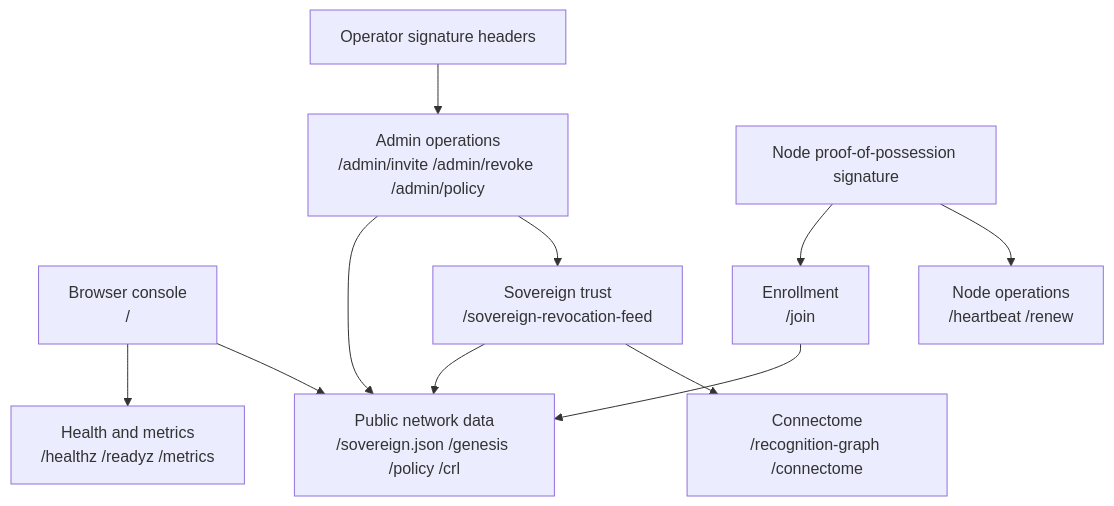
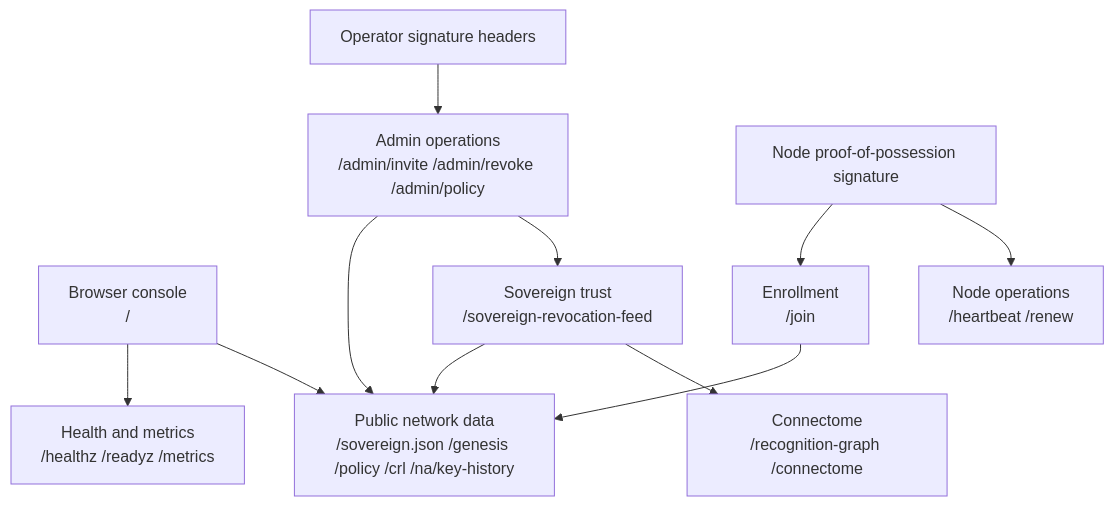
The diagram in docs/reference/network-authority-api.md (GenesisMeshLabs/genesismesh), drawn with Mermaid before and after one commit. The commit also changed other lines of this file and 31 other files, not shown here.

````diff
--- a/docs/reference/network-authority-api.md
+++ b/docs/reference/network-authority-api.md
@@ -12,24 +20,24 @@
 ```{mermaid}
 flowchart TB
     home["Browser console<br/>/"]
     health["Health and metrics<br/>/healthz /readyz /metrics"]
-    public["Public network data<br/>/sovereign.json /genesis /policy /crl"]
+    public["Public network data<br/>/sovereign.json /genesis /policy /crl /na/key-history"]
     enrollment["Enrollment<br/>/join"]
     node_ops["Node operations<br/>/heartbeat /renew"]
     admin["Admin operations<br/>/admin/invite /admin/revoke /admin/policy"]
     sovereign["Sovereign trust<br/>/sovereign-revocation-feed"]
     connectome["Connectome<br/>/recognition-graph /connectome"]
     auth["Operator signature headers"]
     node_sig["Node proof-of-possession signature"]
 
     auth --> admin
     node_sig --> enrollment
     node_sig --> node_ops
     home --> health
     home --> public
     enrollment --> public
     admin --> public
     admin --> sovereign
     sovereign --> public
     sovereign --> connectome
 ```
````
